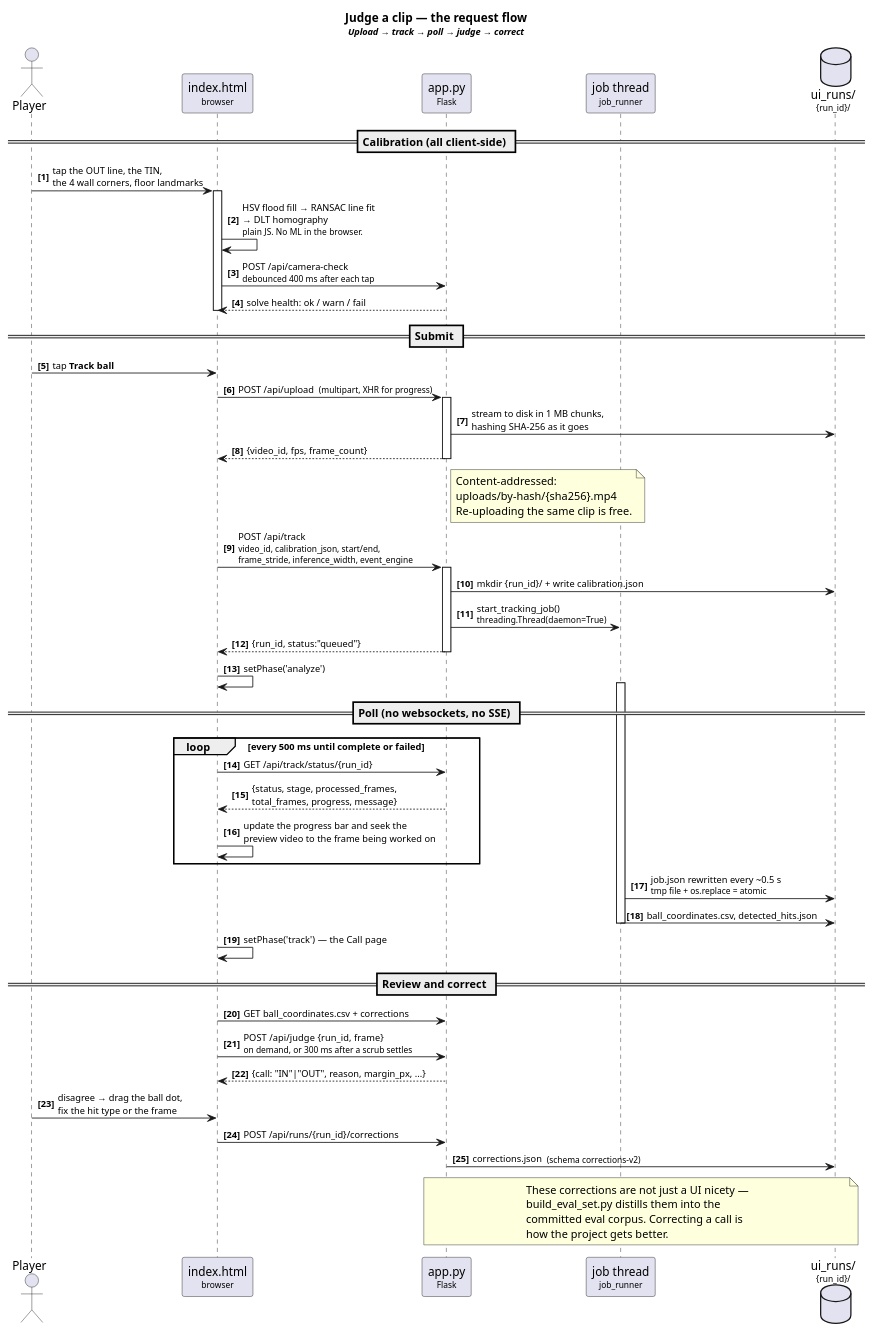
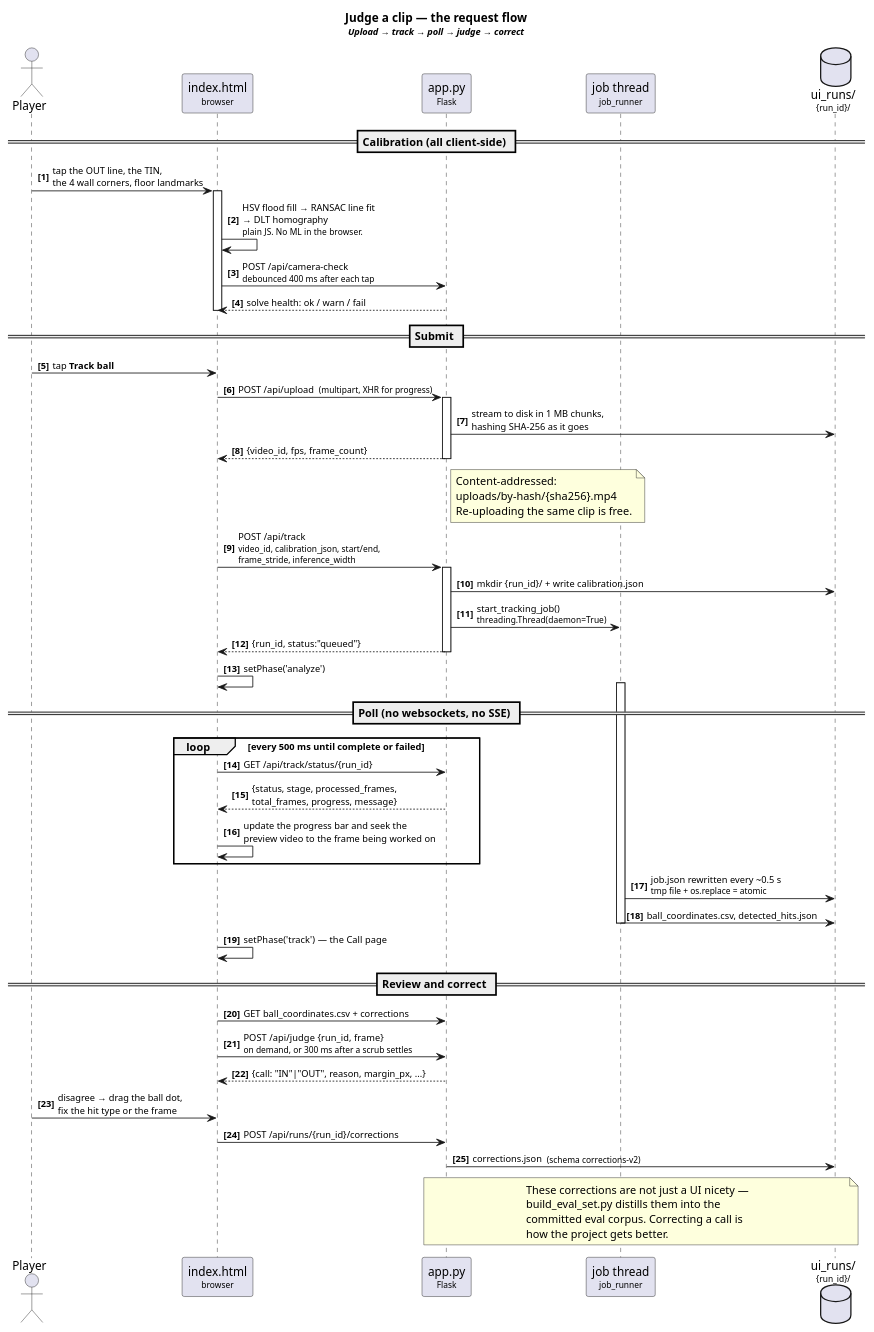
Before and after one commit to redcappyal/UCSC-AI-Project: the fourth of 7 diagrams in docs/architecture.puml, drawn with PlantUML. The commit also changed other lines of this file and 12 other files, not shown here.

```diff
--- a/docs/architecture.puml
+++ b/docs/architecture.puml
@@ -321,70 +311,70 @@
 @startuml judge_a_clip
 title Judge a clip — the request flow\n<size:11>//Upload → track → poll → judge → correct//</size>
 
 skinparam shadowing false
 skinparam ArrowFontSize 11
 autonumber "<b>[0]"
 
 actor Player
 participant "index.html\n<size:10>browser</size>" as UI
 participant "app.py\n<size:10>Flask</size>" as API
 participant "job thread\n<size:10>job_runner</size>" as JOB
 database "ui_runs/\n<size:10>{run_id}/</size>" as FS
 
 == Calibration (all client-side) ==
 Player -> UI : tap the OUT line, the TIN,\nthe 4 wall corners, floor landmarks
 activate UI
 UI -> UI : HSV flood fill → RANSAC line fit\n→ DLT homography\n<size:10>plain JS. No ML in the browser.</size>
 UI -> API : POST /api/camera-check\n<size:10>debounced 400 ms after each tap</size>
 API --> UI : solve health: ok / warn / fail
 deactivate UI
 
 == Submit ==
 Player -> UI : tap **Track ball**
 UI -> API : POST /api/upload  <size:10>(multipart, XHR for progress)</size>
 activate API
 API -> FS : stream to disk in 1 MB chunks,\nhashing SHA-256 as it goes
 API --> UI : {video_id, fps, frame_count}
 note right of API
   Content-addressed:
   uploads/by-hash/{sha256}.mp4
   Re-uploading the same clip is free.
 end note
 deactivate API
 
-UI -> API : POST /api/track\n<size:10>video_id, calibration_json, start/end,</size>\n<size:10>frame_stride, inference_width, event_engine</size>
+UI -> API : POST /api/track\n<size:10>video_id, calibration_json, start/end,</size>\n<size:10>frame_stride, inference_width</size>
 activate API
 API -> FS : mkdir {run_id}/ + write calibration.json
 API -> JOB : start_tracking_job()\n<size:10>threading.Thread(daemon=True)</size>
 API --> UI : {run_id, status:"queued"}
 deactivate API
 UI -> UI : setPhase('analyze')
 
 == Poll (no websockets, no SSE) ==
 activate JOB
 loop every 500 ms until complete or failed
   UI -> API : GET /api/track/status/{run_id}
   API --> UI : {status, stage, processed_frames,\ntotal_frames, progress, message}
   UI -> UI : update the progress bar and seek the\npreview video to the frame being worked on
 end
 JOB -> FS : job.json rewritten every ~0.5 s\n<size:10>tmp file + os.replace = atomic</size>
 JOB -> FS : ball_coordinates.csv, detected_hits.json
 deactivate JOB
 
 UI -> UI : setPhase('track')  — the Call page
 
 == Review and correct ==
 UI -> API : GET ball_coordinates.csv + corrections
 UI -> API : POST /api/judge  {run_id, frame}\n<size:10>on demand, or 300 ms after a scrub settles</size>
 API --> UI : {call: "IN"|"OUT", reason, margin_px, ...}
 Player -> UI : disagree → drag the ball dot,\nfix the hit type or the frame
 UI -> API : POST /api/runs/{run_id}/corrections
 API -> FS : corrections.json  <size:10>(schema corrections-v2)</size>
 note over FS, API
   These corrections are not just a UI nicety —
   build_eval_set.py distills them into the
   committed eval corpus. Correcting a call is
   how the project gets better.
 end note
 
 @enduml
```
